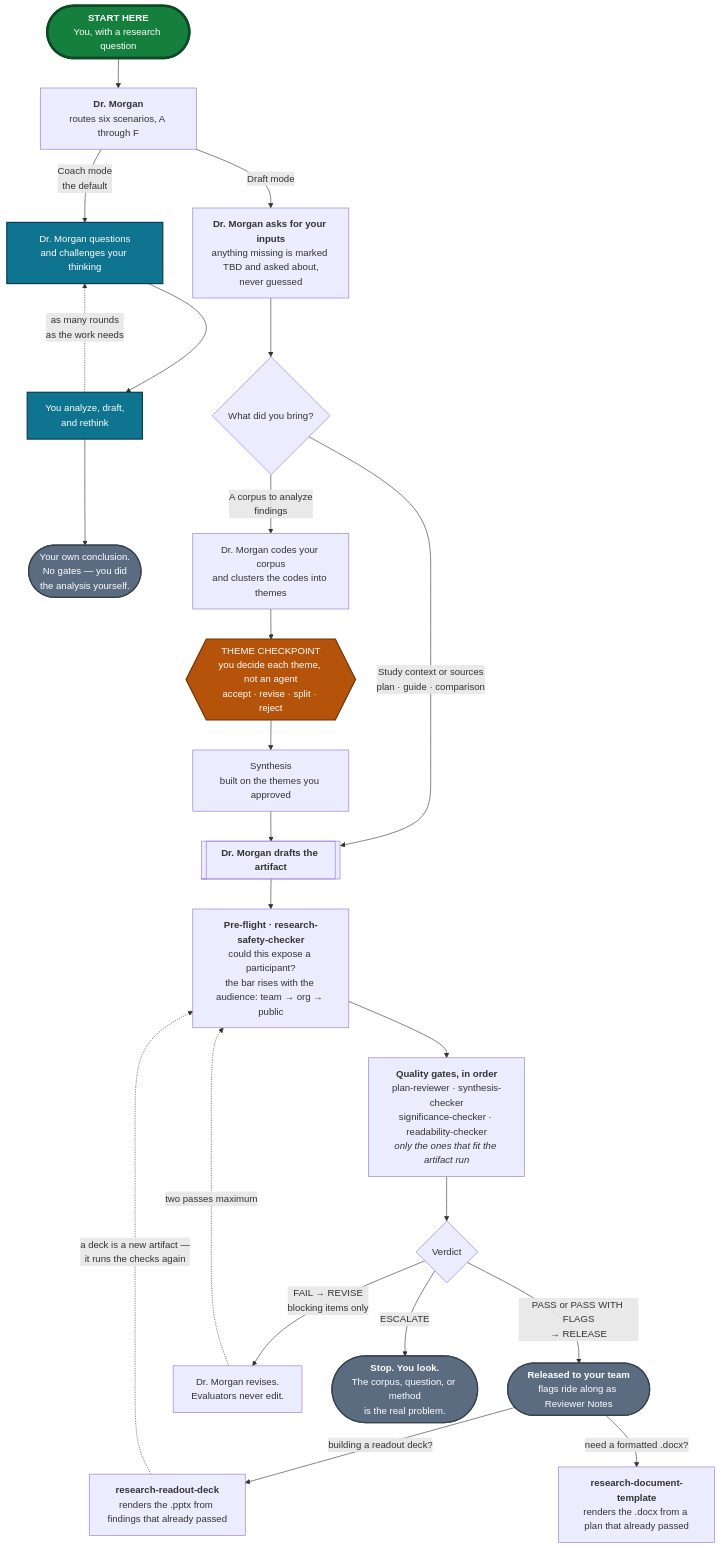
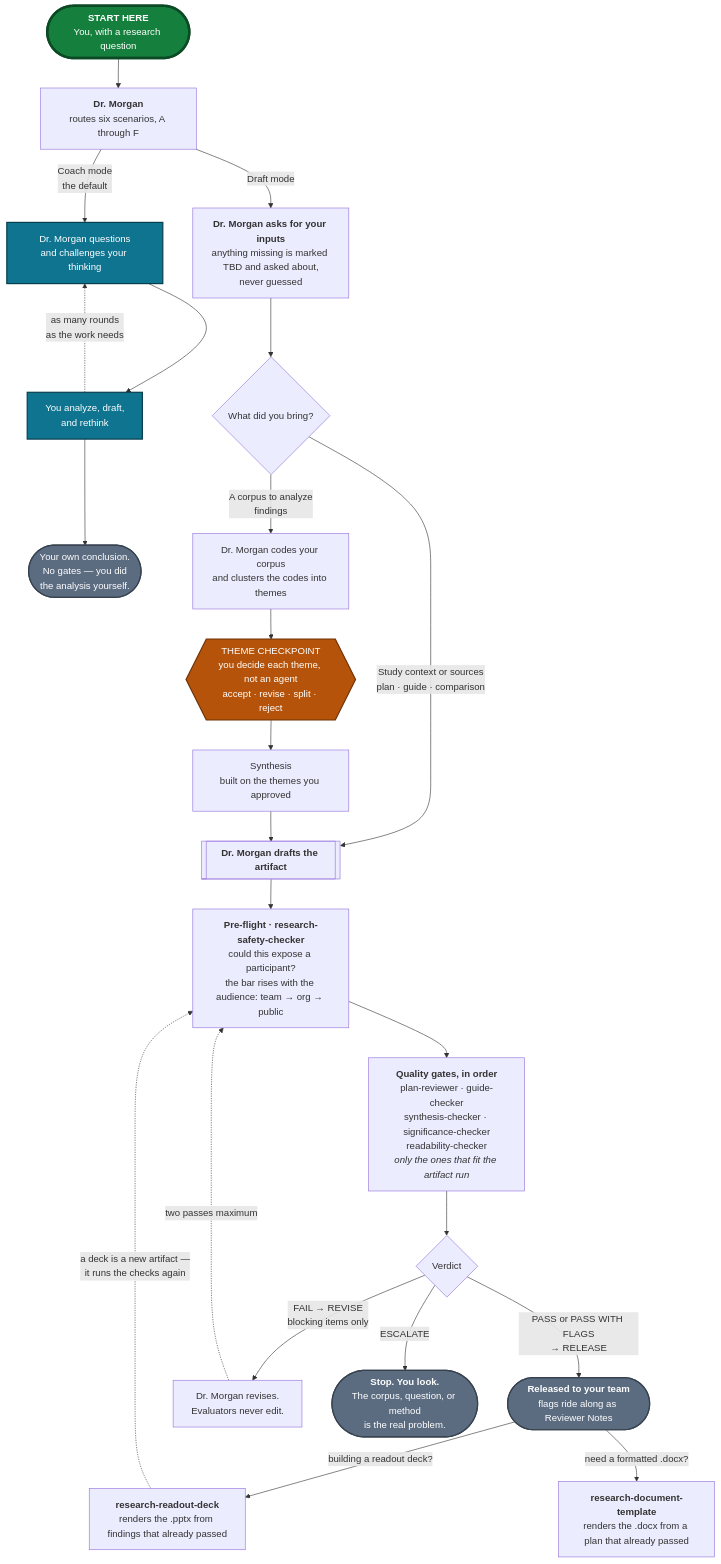
The diagram in README.md (kirstenhosic/UX-Research-Skills-IBM-Secure), drawn with Mermaid before and after one commit. The commit also changed other lines of this file and 26 other files, not shown here.

First line of the commit message:
Add a guide-quality gate, make product context pluggable, credit the author

````diff
--- a/README.md
+++ b/README.md
@@ -133,50 +186,50 @@
 ```mermaid
 flowchart TD
     START(["<b>START HERE</b><br/>You, with a research question"])
     START --> DM
 
     DM["<b>Dr. Morgan</b><br/>routes six scenarios, A through F"]
 
     DM -->|"Coach mode<br/>the default"| COACH["Dr. Morgan questions<br/>and challenges your thinking"]
     COACH --> WORK["You analyze, draft,<br/>and rethink"]
     WORK -.->|"as many rounds<br/>as the work needs"| COACH
     WORK --> ENDC(["Your own conclusion.<br/>No gates — you did<br/>the analysis yourself."])
 
     DM -->|"Draft mode"| IN["<b>Dr. Morgan asks for your inputs</b><br/>anything missing is marked TBD and asked about,<br/>never guessed"]
     IN --> Q{"What did you bring?"}
 
     ART[["<b>Dr. Morgan drafts the artifact</b>"]]
     CL["Dr. Morgan codes your corpus<br/>and clusters the codes into themes"]
 
     Q -->|"Study context or sources<br/>plan · guide · comparison"| ART
     Q -->|"A corpus to analyze<br/>findings"| CL
 
     CL --> TC{{"THEME CHECKPOINT<br/>you decide each theme, not an agent<br/>accept · revise · split · reject"}}
     TC --> SY["Synthesis<br/>built on the themes you approved"]
     SY --> ART
 
     ART --> PF["<b>Pre-flight · research-safety-checker</b><br/>could this expose a participant?<br/>the bar rises with the audience: team → org → public"]
-    PF --> G["<b>Quality gates, in order</b><br/>plan-reviewer · synthesis-checker<br/>significance-checker · readability-checker<br/><i>only the ones that fit the artifact run</i>"]
+    PF --> G["<b>Quality gates, in order</b><br/>plan-reviewer · guide-checker<br/>synthesis-checker · significance-checker<br/>readability-checker<br/><i>only the ones that fit the artifact run</i>"]
     G --> V{"Verdict"}
 
     V -->|"PASS or PASS WITH FLAGS<br/>→ RELEASE"| ENDR(["<b>Released to your team</b><br/>flags ride along as Reviewer Notes"])
 
     V -->|"FAIL → REVISE<br/>blocking items only"| RV["Dr. Morgan revises.<br/>Evaluators never edit."]
     RV -.->|"two passes maximum"| PF
 
     V -->|"ESCALATE"| ENDE(["<b>Stop. You look.</b><br/>The corpus, question, or method<br/>is the real problem."])
 
     ENDR -->|"building a readout deck?"| SK["<b>research-readout-deck</b><br/>renders the .pptx from findings that already passed"]
     SK -.->|"a deck is a new artifact —<br/>it runs the checks again"| PF
 
     ENDR -->|"need a formatted .docx?"| DOC["<b>research-document-template</b><br/>renders the .docx from a plan that already passed"]
 
     classDef entry  fill:#15803D,stroke:#0B4A24,stroke-width:4px,color:#FFFFFF
     classDef coach  fill:#0E7490,stroke:#083F4F,stroke-width:2px,color:#FFFFFF
     classDef human  fill:#B45309,stroke:#6E3206,stroke-width:2px,color:#FFFFFF
     classDef ending fill:#5B6B80,stroke:#37424F,stroke-width:2px,color:#FFFFFF
     class START entry
     class COACH,WORK coach
     class TC human
     class ENDC,ENDR,ENDE ending
 ```
````
